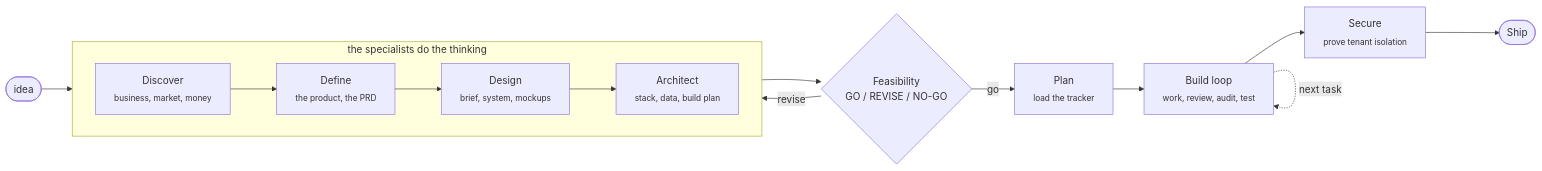
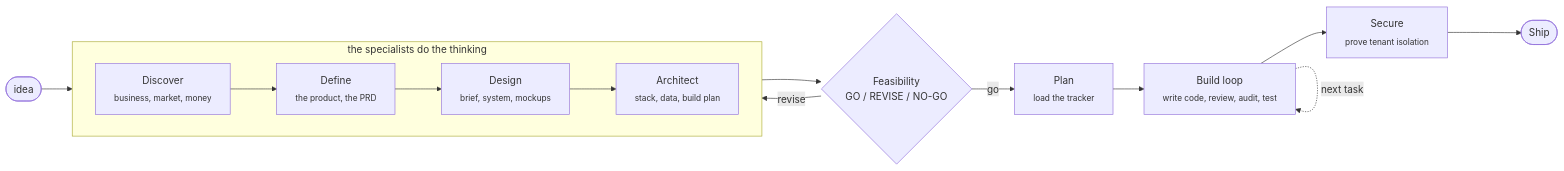
The diagram in README.md (Bhargs24/keel), drawn with Mermaid before and after one commit. The commit also changed other lines of this file, not shown here.

First line of the commit message:
README: reframe as an AI product builder that BUILDS (not 'not a code generator')

````diff
--- a/README.md
+++ b/README.md
@@ -33,15 +35,15 @@
 ```mermaid
 flowchart LR
     I([idea]) --> D
     subgraph RESEARCH [" the specialists do the thinking "]
       direction LR
       D["Discover<br/><sub>business, market, money</sub>"] --> P["Define<br/><sub>the product, the PRD</sub>"] --> DS["Design<br/><sub>brief, system, mockups</sub>"] --> A["Architect<br/><sub>stack, data, build plan</sub>"]
     end
     A --> F{"Feasibility<br/>GO / REVISE / NO-GO"}
     F -->|revise| D
     F -->|go| PL["Plan<br/><sub>load the tracker</sub>"]
-    PL --> B["Build loop<br/><sub>work, review, audit, test</sub>"]
+    PL --> B["Build loop<br/><sub>write code, review, audit, test</sub>"]
     B --> S["Secure<br/><sub>prove tenant isolation</sub>"]
     S --> SH([Ship])
     B -.->|next task| B
 ```
````
